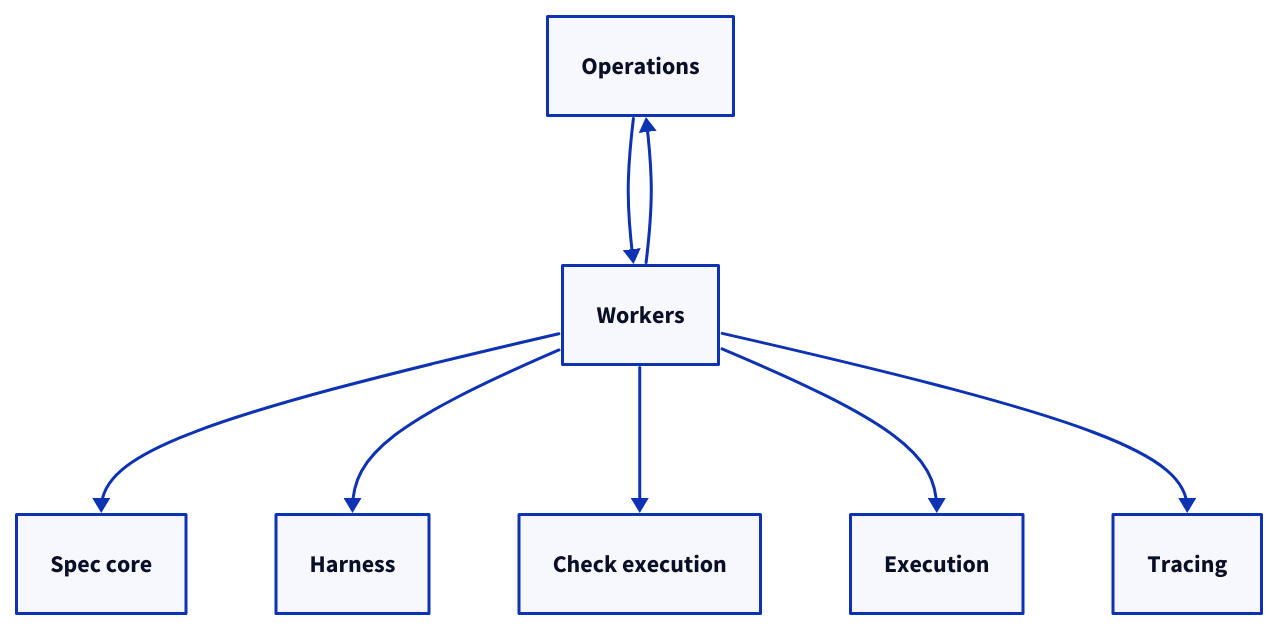
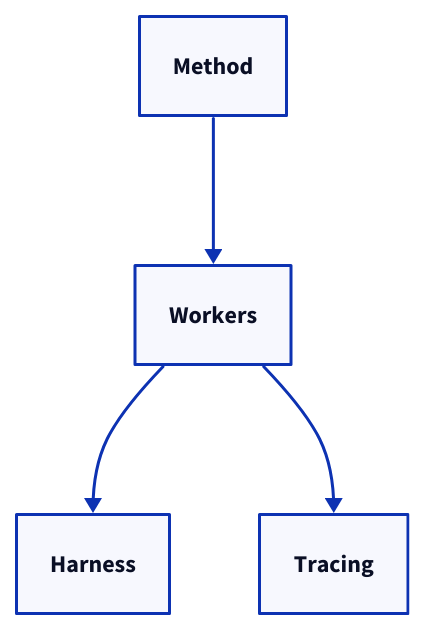
One commit to FTOD/concorde changed the first of 5 diagrams in specs/concorde/worker-harness/workers/module.md. Above: the diagram before and after it, drawn with D2. The commit also changed other lines of this file and 109 other files, not shown here.

````diff
--- a/specs/concorde/worker-harness/workers/module.md
+++ b/specs/concorde/worker-harness/workers/module.md
@@ -178,16 +188,9 @@
 ```d2
-operations: Operations
+method: Method
 workers: Workers
-spec: Spec core
 harness: Harness
-checks: Check execution
-execution: Execution
 tracing: Tracing
-operations -> workers
-workers -> spec
+method -> workers
 workers -> harness
-workers -> checks
-workers -> execution
 workers -> tracing
-workers -> operations
 ```
````
